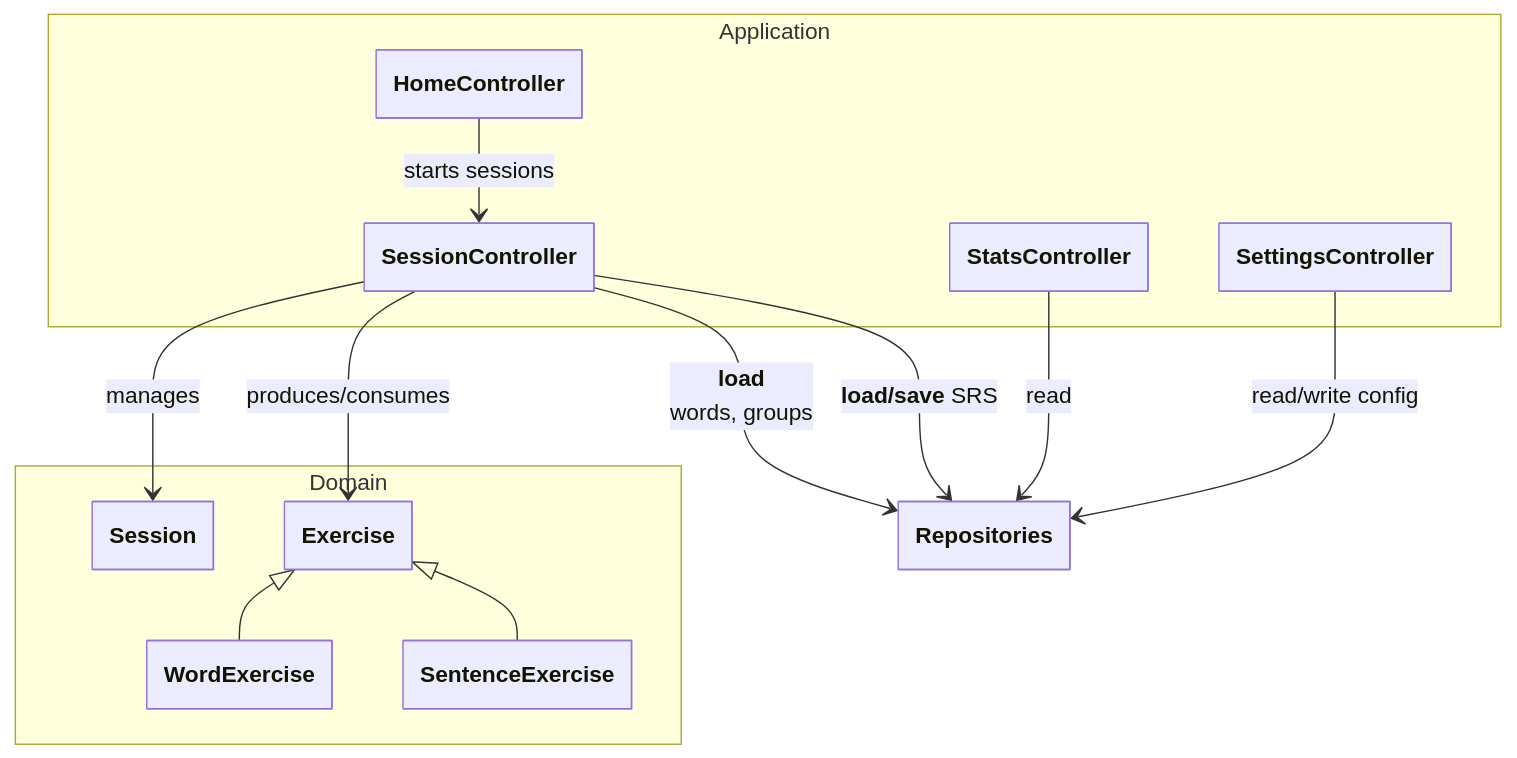
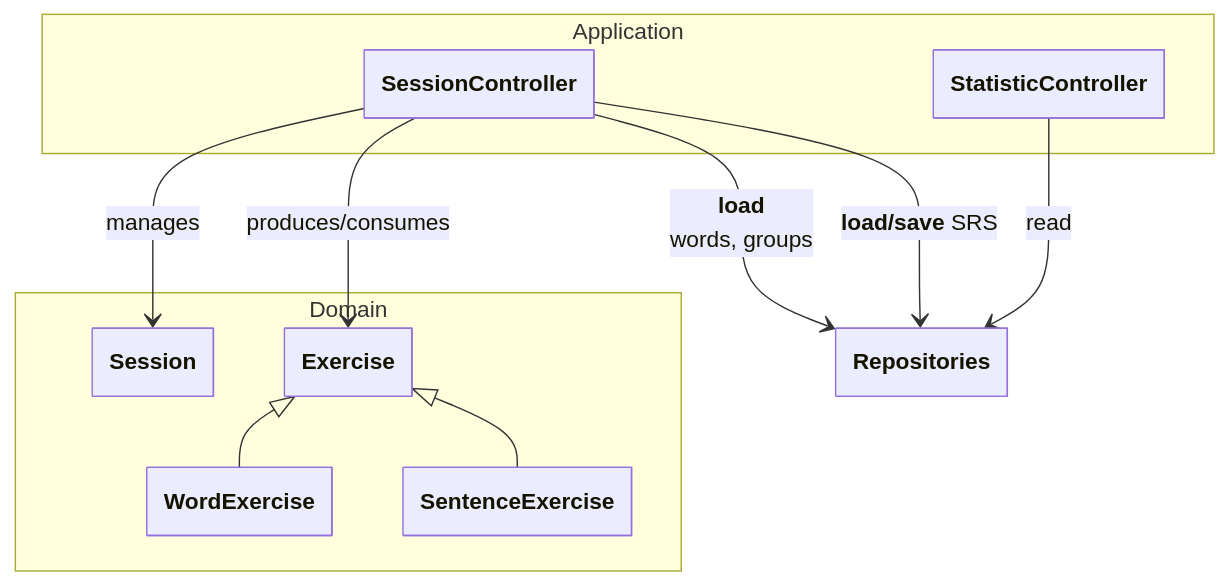
The diagram in docs/architecture/application_layer/application.md (Antoine-Lagache/psitta), drawn with Mermaid before and after one commit. The commit also changed other lines of this file and 6 other files, not shown here.

Commit message:
Update architecture documentation

````diff
--- a/docs/architecture/application_layer/application.md
+++ b/docs/architecture/application_layer/application.md
@@ -19,36 +19,31 @@
 ```mermaid
 %%{init: {"class": {"hideEmptyMembersBox": true}} }%%
 classDiagram
 
 namespace Application {
-  class HomeController
   class SessionController
-  class StatsController
-  class SettingsController
+  class StatisticController
 }
 
 namespace Domain {
   class Session
   class Exercise
   class WordExercise
   class SentenceExercise
 }
 
 
 %% Domain inheritance
 Exercise <|-- WordExercise
 Exercise <|-- SentenceExercise
 
 %% Application -> Domain
-HomeController --> SessionController : starts sessions
 SessionController --> Session : manages
 SessionController --> Exercise : produces/consumes
 
 %% Application -> Persistence
 SessionController --> Repositories : **load**<br/> words, groups
 SessionController --> Repositories : **load/save** SRS
 
-StatsController --> Repositories: read
-
-SettingsController --> Repositories : read/write config
+StatisticController --> Repositories: read
 ```
````
